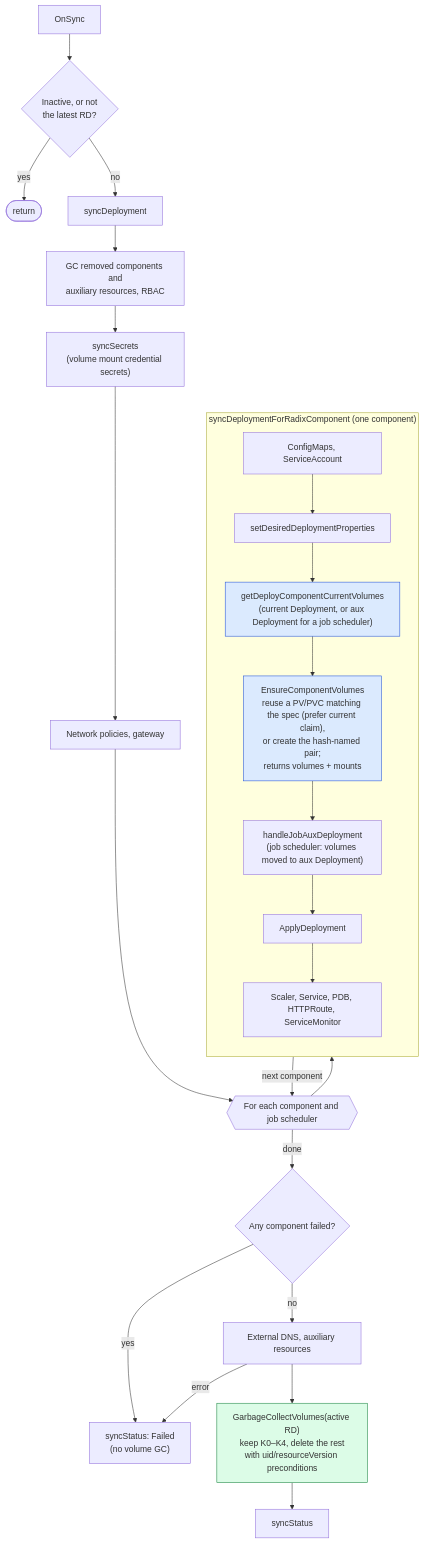
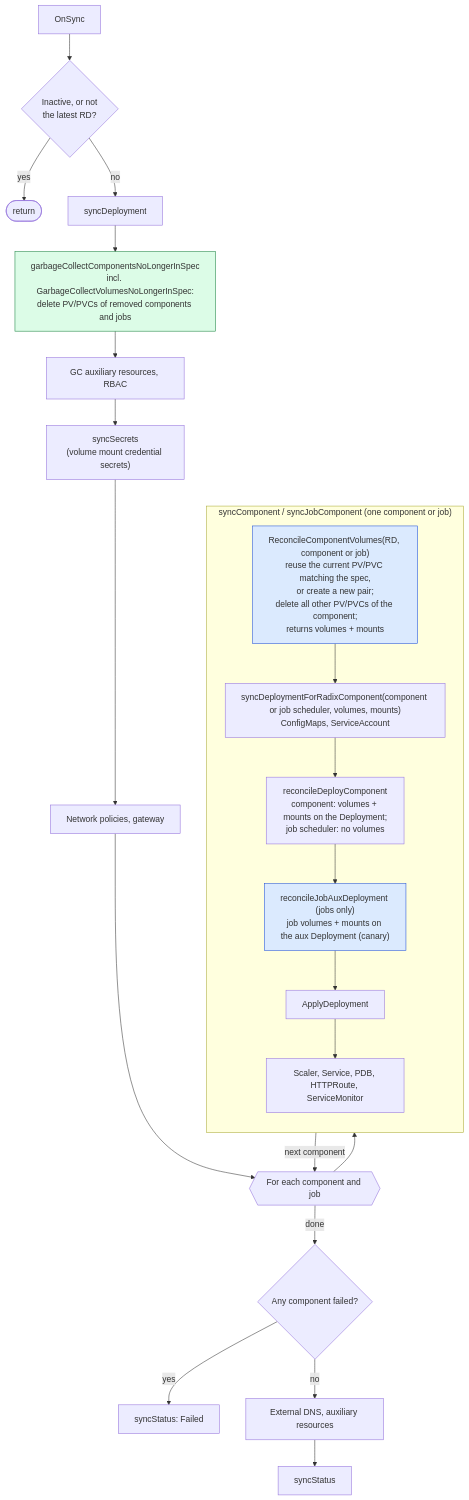
Before and after one commit to equinor/radix-operator: the second of 6 diagrams in pkg/apis/volumemount/README.md, drawn with Mermaid. The commit also changed other lines of this file and 52 other files, not shown here.

````diff
--- a/pkg/apis/volumemount/README.md
+++ b/pkg/apis/volumemount/README.md
@@ -203,34 +182,31 @@
 ```mermaid
 flowchart TD
     A["OnSync"] --> B{"Inactive, or not<br/>the latest RD?"}
     B -->|yes| Z(["return"])
     B -->|no| D["syncDeployment"]
-    D --> E["GC removed components and<br/>auxiliary resources, RBAC"]
-    E --> F["syncSecrets<br/>(volume mount credential secrets)"]
+    D --> E["garbageCollectComponentsNoLongerInSpec<br/>incl. GarbageCollectVolumesNoLongerInSpec:<br/>delete PV/PVCs of removed components and jobs"]:::gc
+    E --> E2["GC auxiliary resources, RBAC"]
+    E2 --> F["syncSecrets<br/>(volume mount credential secrets)"]
     F --> G["Network policies, gateway"]
-    G --> L{{"For each component and job scheduler"}}
+    G --> L{{"For each component and job"}}
 
-    subgraph comp ["syncDeploymentForRadixComponent (one component)"]
+    subgraph comp ["syncComponent / syncJobComponent (one component or job)"]
         direction TB
-        C1["ConfigMaps, ServiceAccount"]
-        C2["setDesiredDeploymentProperties"]
-        C3["getDeployComponentCurrentVolumes<br/>(current Deployment, or aux Deployment for a job scheduler)"]:::vol
-        C4["EnsureComponentVolumes<br/>reuse a PV/PVC matching the spec (prefer current claim),<br/>or create the hash-named pair;<br/>returns volumes + mounts"]:::vol
-        C6["handleJobAuxDeployment<br/>(job scheduler: volumes moved to aux Deployment)"]
+        C4["ReconcileComponentVolumes(RD, component or job)<br/>reuse the current PV/PVC matching the spec,<br/>or create a new pair;<br/>delete all other PV/PVCs of the component;<br/>returns volumes + mounts"]:::vol
+        C1["syncDeploymentForRadixComponent(component or job scheduler, volumes, mounts)<br/>ConfigMaps, ServiceAccount"]
+        C2["reconcileDeployComponent<br/>component: volumes + mounts on the Deployment;<br/>job scheduler: no volumes"]
+        C6["reconcileJobAuxDeployment (jobs only)<br/>job volumes + mounts on the aux Deployment (canary)"]:::vol
         C7["ApplyDeployment"]
         C8["Scaler, Service, PDB, HTTPRoute, ServiceMonitor"]
-        C1 --> C2 --> C3 --> C4 --> C6 --> C7 --> C8
+        C4 --> C1 --> C2 --> C6 --> C7 --> C8
     end
 
-    L --> C1
+    L --> C4
     C8 -->|next component| L
     L -->|done| M{"Any component failed?"}
-    M -->|yes| ERR["syncStatus: Failed<br/>(no volume GC)"]
-    M -->|no| N["External DNS, auxiliary resources"]
-    N -->|error| ERR
-    N --> GC["GarbageCollectVolumes(active RD)<br/>keep K0–K4, delete the rest<br/>with uid/resourceVersion preconditions"]:::gc
-    GC --> S["syncStatus"]
+    M -->|yes| ERR["syncStatus: Failed"]
+    M -->|no| N["External DNS, auxiliary resources"] --> S["syncStatus"]
 
     classDef vol fill:#dbeafe,stroke:#1d4ed8
     classDef gc fill:#dcfce7,stroke:#15803d
 ```
````
